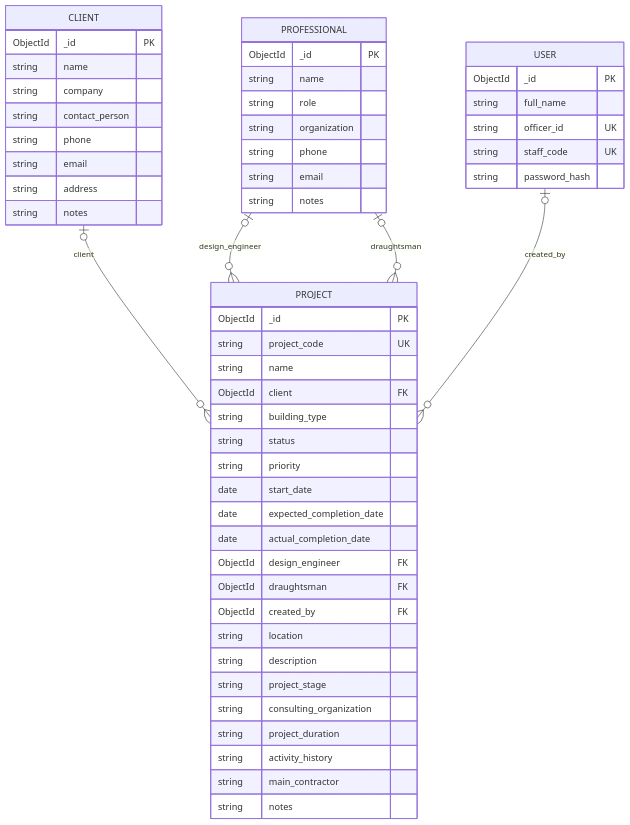
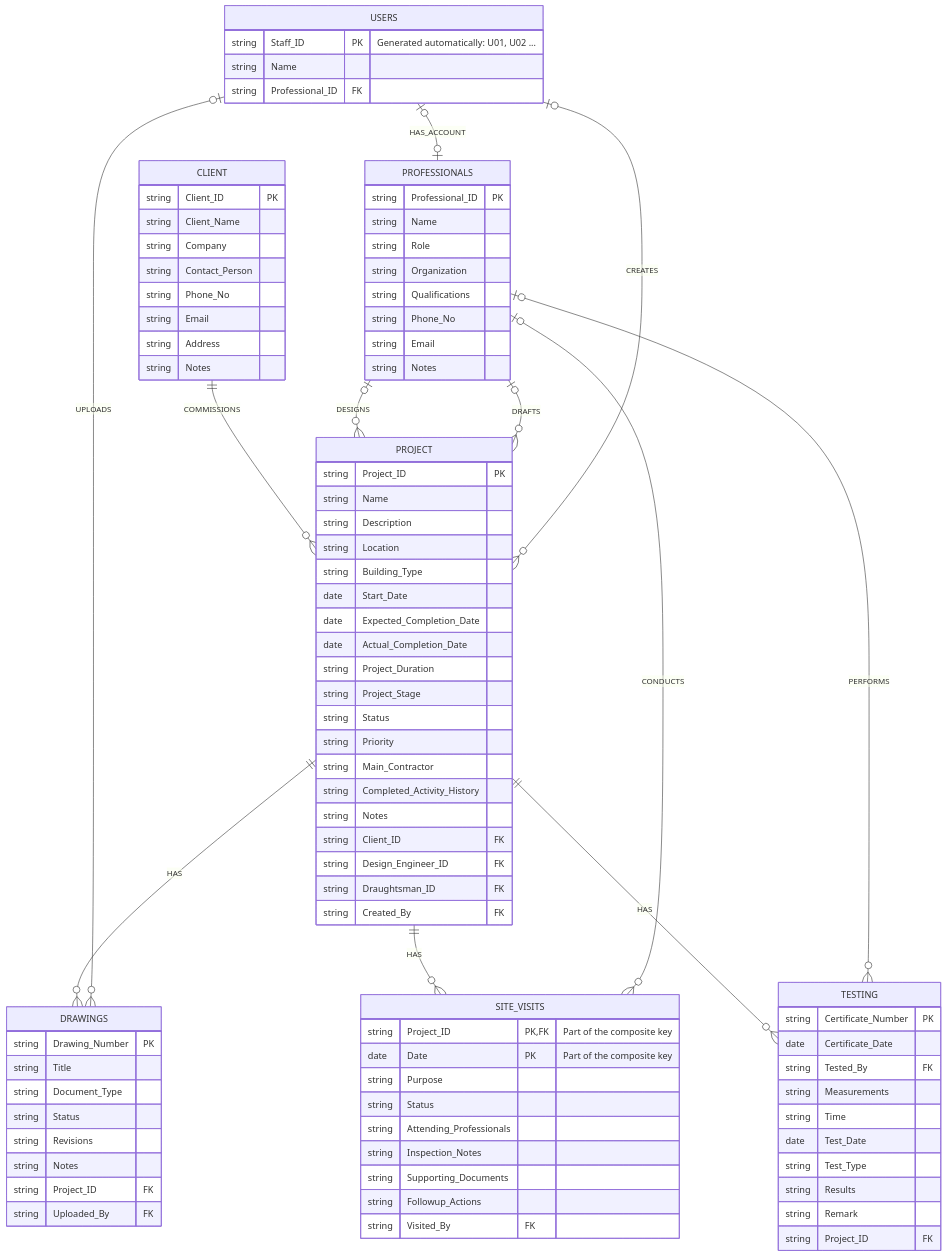
One commit to lakshanisanjana2003-cmd/VoltEdge changed the diagram in docs/ERD.md. Above: the diagram before and after it, drawn with Mermaid. The commit also changed other lines of this file and 11 other files, not shown here.

````diff
--- a/docs/ERD.md
+++ b/docs/ERD.md
@@ -5,57 +6,100 @@
 ```mermaid
 erDiagram
-    CLIENT |o--o{ PROJECT : "client"
-    PROFESSIONAL |o--o{ PROJECT : "design_engineer"
-    PROFESSIONAL |o--o{ PROJECT : "draughtsman"
-    USER |o--o{ PROJECT : "created_by"
+    CLIENT ||--o{ PROJECT : COMMISSIONS
+    PROFESSIONALS |o--o{ PROJECT : DESIGNS
+    PROFESSIONALS |o--o{ PROJECT : DRAFTS
+    PROJECT ||--o{ DRAWINGS : HAS
+    PROJECT ||--o{ SITE_VISITS : HAS
+    PROJECT ||--o{ TESTING : HAS
+    PROFESSIONALS |o--o{ SITE_VISITS : CONDUCTS
+    PROFESSIONALS |o--o{ TESTING : PERFORMS
+    USERS |o--o| PROFESSIONALS : HAS_ACCOUNT
+    USERS |o--o{ PROJECT : CREATES
+    USERS |o--o{ DRAWINGS : UPLOADS
 
-    USER {
-        ObjectId _id PK
-        string full_name
-        string officer_id UK
-        string staff_code UK
-        string password_hash
+    PROFESSIONALS {
+        string Professional_ID PK
+        string Name
+        string Role
+        string Organization
+        string Qualifications
+        string Phone_No
+        string Email
+        string Notes
     }
+
+    USERS {
+        string Staff_ID PK "Generated automatically: U01, U02 ..."
+        string Name
+        string Professional_ID FK
+    }
+
+    PROJECT {
+        string Project_ID PK
+        string Name
+        string Description
+        string Location
+        string Building_Type
+        date Start_Date
+        date Expected_Completion_Date
+        date Actual_Completion_Date
+        string Project_Duration
+        string Project_Stage
+        string Status
+        string Priority
+        string Main_Contractor
+        string Completed_Activity_History
+        string Notes
+        string Client_ID FK
+        string Design_Engineer_ID FK
+        string Draughtsman_ID FK
+        string Created_By FK
+    }
+
     CLIENT {
-        ObjectId _id PK
-        string name
-        string company
-        string contact_person
-        string phone
-        string email
-        string address
-        string notes
+        string Client_ID PK
+        string Client_Name
+        string Company
+        string Contact_Person
+        string Phone_No
+        string Email
+        string Address
+        string Notes
     }
-    PROFESSIONAL {
-        ObjectId _id PK
-        string name
-        string role
-        string organization
-        string phone
-        string email
-        string notes
+
+    DRAWINGS {
+        string Drawing_Number PK
+        string Title
+        string Document_Type
+        string Status
+        string Revisions
+        string Notes
+        string Project_ID FK
+        string Uploaded_By FK
     }
-    PROJECT {
-        ObjectId _id PK
-        string project_code UK
-        string name
-        ObjectId client FK
-        string building_type
-        string status
-        string priority
-        date start_date
-        date expected_completion_date
-        date actual_completion_date
-        ObjectId design_engineer FK
-        ObjectId draughtsman FK
-        ObjectId created_by FK
-        string location
-        string description
-        string project_stage
-        string consulting_organization
-        string project_duration
-        string activity_history
-        string main_contractor
-        string notes
+
+    SITE_VISITS {
+        string Project_ID PK, FK "Part of the composite key"
+        date Date PK "Part of the composite key"
+        string Purpose
+        string Status
+        string Attending_Professionals
+        string Inspection_Notes
+        string Supporting_Documents
+        string Followup_Actions
+        string Visited_By FK
+    }
+
+    TESTING {
+        string Certificate_Number PK
+        date Certificate_Date
+        string Tested_By FK
+        string Measurements
+        string Time
+        date Test_Date
+        string Test_Type
+        string Results
+        string Remark
+        string Project_ID FK
     }
 ```
````
